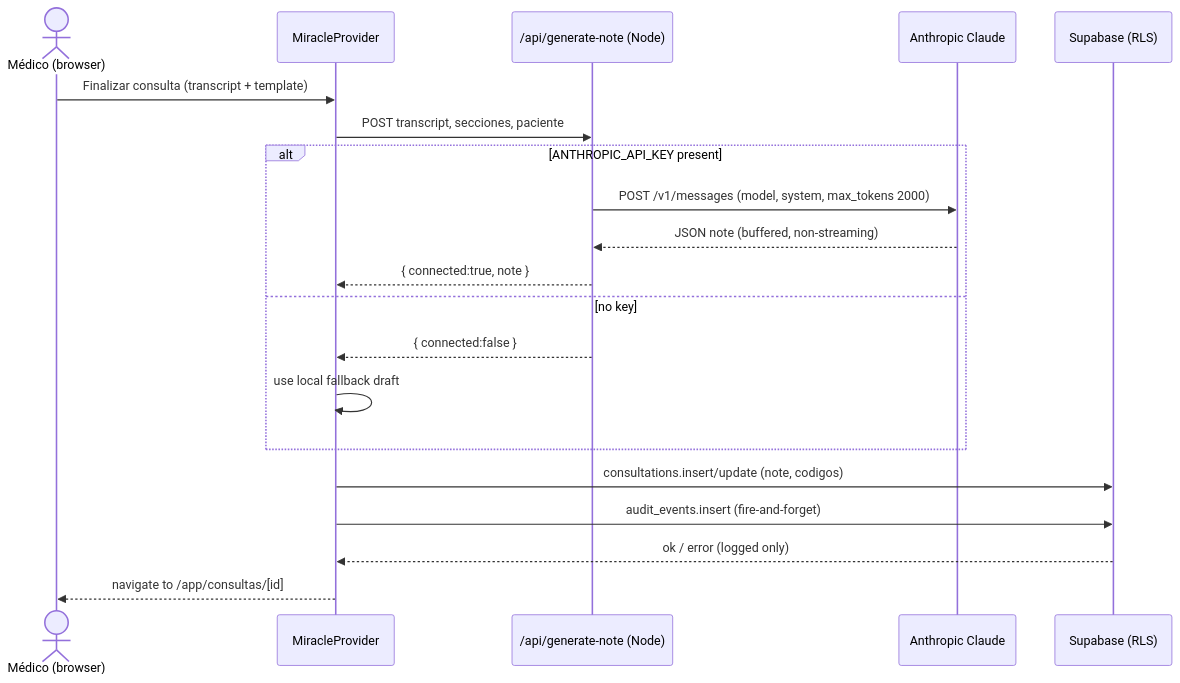
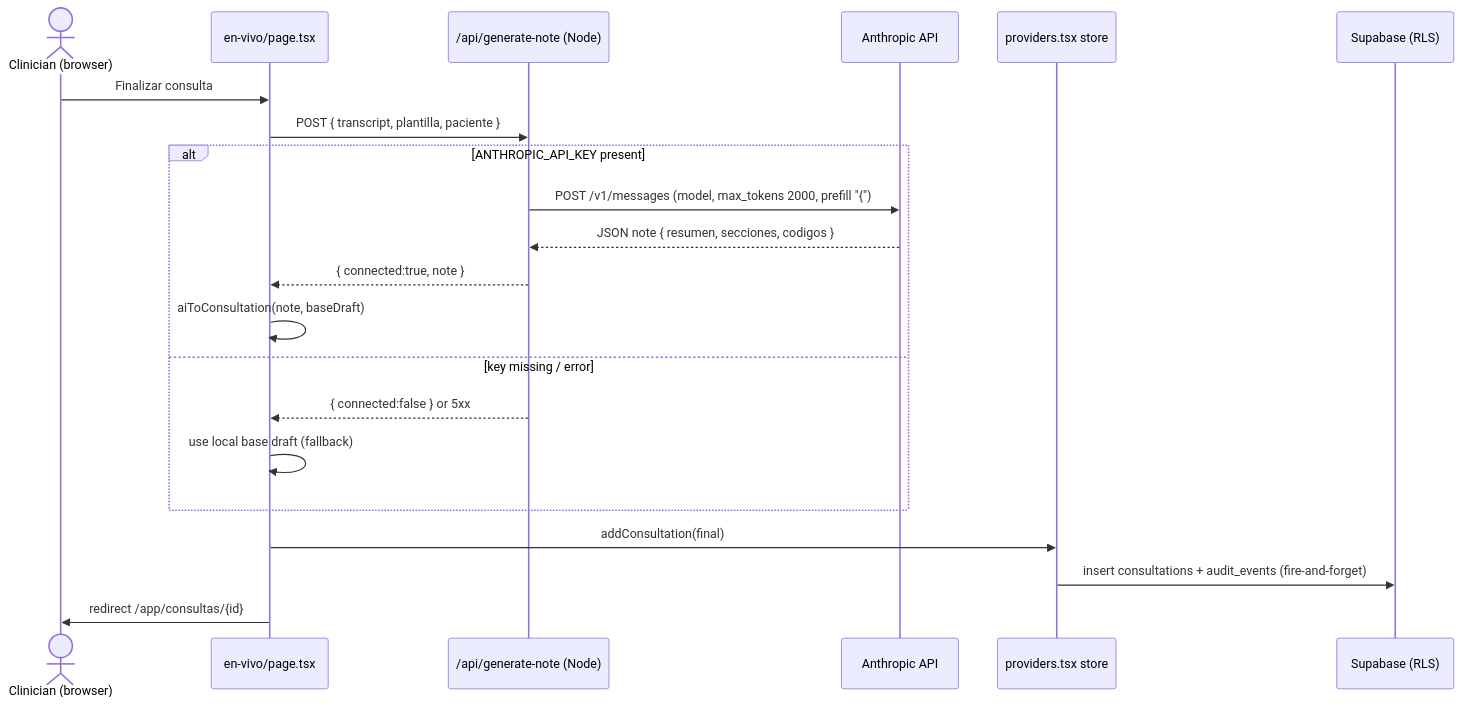
One commit to joseph1356k/Pagina-web-clientes-final changed the third of 6 diagrams in architecture-infrastructure.md. Above: the diagram before and after it, drawn with Mermaid. The commit also changed other lines of this file and 39 other files, not shown here.

````diff
--- a/architecture-infrastructure.md
+++ b/architecture-infrastructure.md
@@ -345,22 +434,24 @@
 ```mermaid
 sequenceDiagram
-    actor Med as Médico (browser)
-    participant Store as MiracleProvider
+    actor Doc as Clinician (browser)
+    participant Live as en-vivo/page.tsx
     participant API as /api/generate-note (Node)
-    participant Cl as Anthropic Claude
-    participant DB as Supabase (RLS)
-    Med->>Store: Finalizar consulta (transcript + template)
-    Store->>API: POST transcript, secciones, paciente
+    participant Anth as Anthropic API
+    participant Store as providers.tsx store
+    participant PG as Supabase (RLS)
+
+    Doc->>Live: Finalizar consulta
+    Live->>API: POST { transcript, plantilla, paciente }
     alt ANTHROPIC_API_KEY present
-        API->>Cl: POST /v1/messages (model, system, max_tokens 2000)
-        Cl-->>API: JSON note (buffered, non-streaming)
-        API-->>Store: { connected:true, note }
-    else no key
-        API-->>Store: { connected:false }
-        Store->>Store: use local fallback draft
+        API->>Anth: POST /v1/messages (model, max_tokens 2000, prefill "{")
+        Anth-->>API: JSON note { resumen, secciones, codigos }
+        API-->>Live: { connected:true, note }
+        Live->>Live: aiToConsultation(note, baseDraft)
+    else key missing / error
+        API-->>Live: { connected:false } or 5xx
+        Live->>Live: use local base draft (fallback)
     end
-    Store->>DB: consultations.insert/update (note, codigos)
-    Store->>DB: audit_events.insert (fire-and-forget)
-    DB-->>Store: ok / error (logged only)
-    Store-->>Med: navigate to /app/consultas/[id]
+    Live->>Store: addConsultation(final)
+    Store->>PG: insert consultations + audit_events (fire-and-forget)
+    Live->>Doc: redirect /app/consultas/{id}
 ```
````
